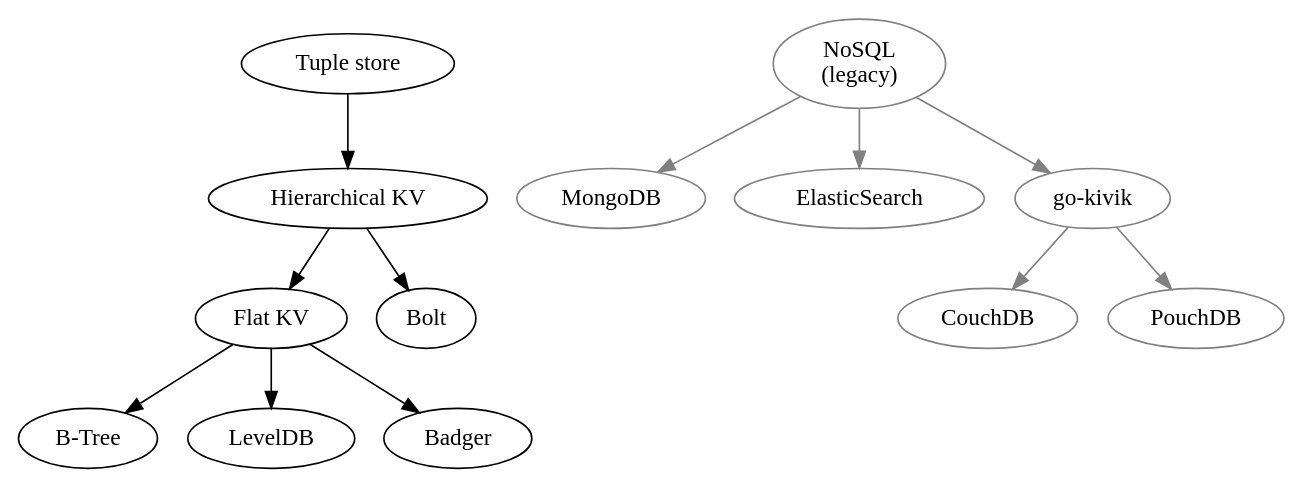
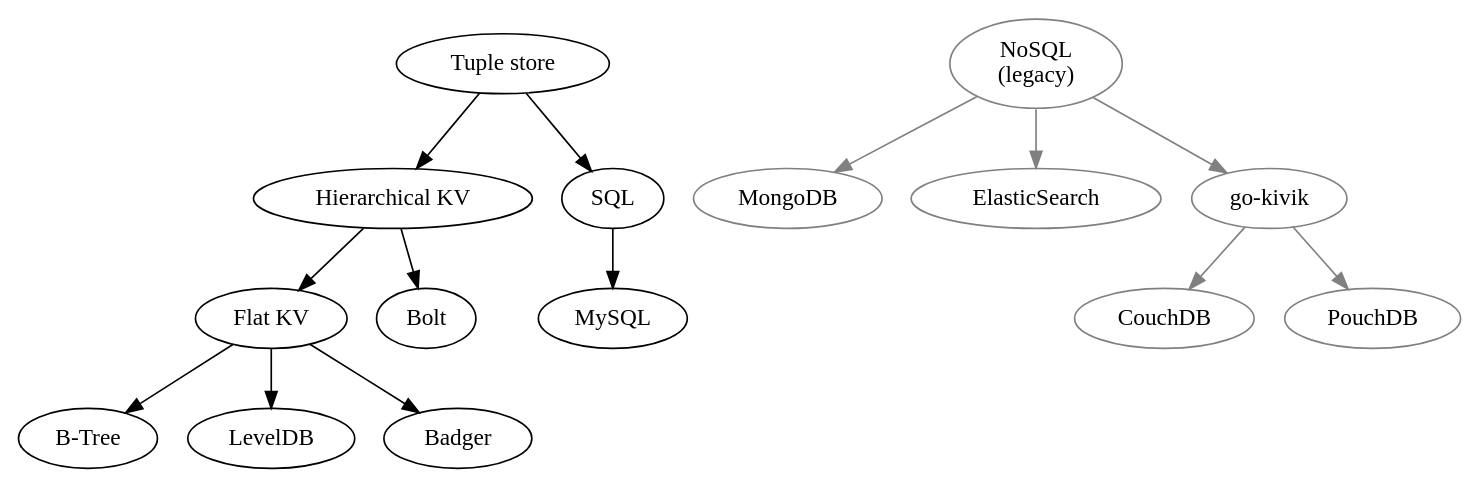
Before and after one commit to hidal-go/hidalgo: the diagram in db-hierarchy.gv, drawn with Graphviz. The commit also changed 17 other files, not shown here.

Commit message:
tuple: initial support for sql

```diff
--- a/db-hierarchy.gv
+++ b/db-hierarchy.gv
@@ -1,29 +1,36 @@
 digraph DBs {
     flat_kv [label="Flat KV" URL="./docs/kv-flat.md"]
     btree [label="B-Tree"]
     flat_kv -> btree
     leveldb [label="LevelDB"]
     flat_kv -> leveldb
     badger [label="Badger"]
     flat_kv -> badger
 
     hie_kv [label="Hierarchical KV" URL="./docs/kv-hierarchical.md"]
     hie_kv -> flat_kv
     bolt [label="Bolt"]
     hie_kv -> bolt
 
+    sql_tuple [label="SQL" URL="./docs/sql-tuple.md"]
+    mysql [label="MySQL"]
+    sql_tuple -> mysql
+    # postgres [label="PostgreSQL"]
+    # sql_tuple -> postgres
+
     strict_tuple [label="Tuple store" URL="./docs/tuple-strict.md"]
     strict_tuple -> hie_kv
+    strict_tuple -> sql_tuple
 
     legacy_nosql [label="NoSQL\n(legacy)", color=grey]
     legacy_mongo [label="MongoDB", color=grey]
     legacy_nosql -> legacy_mongo [color=grey]
     legacy_elastic [label="ElasticSearch", color=grey]
     legacy_nosql -> legacy_elastic [color=grey]
     legacy_ouch [label="go-kivik", color=grey]
     legacy_nosql -> legacy_ouch [color=grey]
     legacy_couch [label="CouchDB", color=grey]
     legacy_ouch -> legacy_couch [color=grey]
     legacy_pouch [label="PouchDB", color=grey]
     legacy_ouch -> legacy_pouch [color=grey]
 }
```
